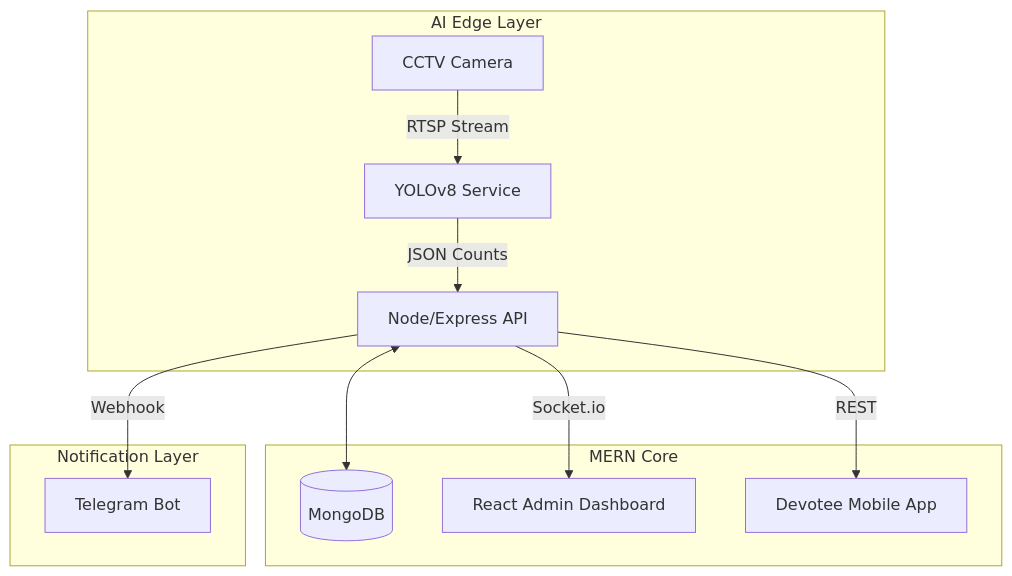
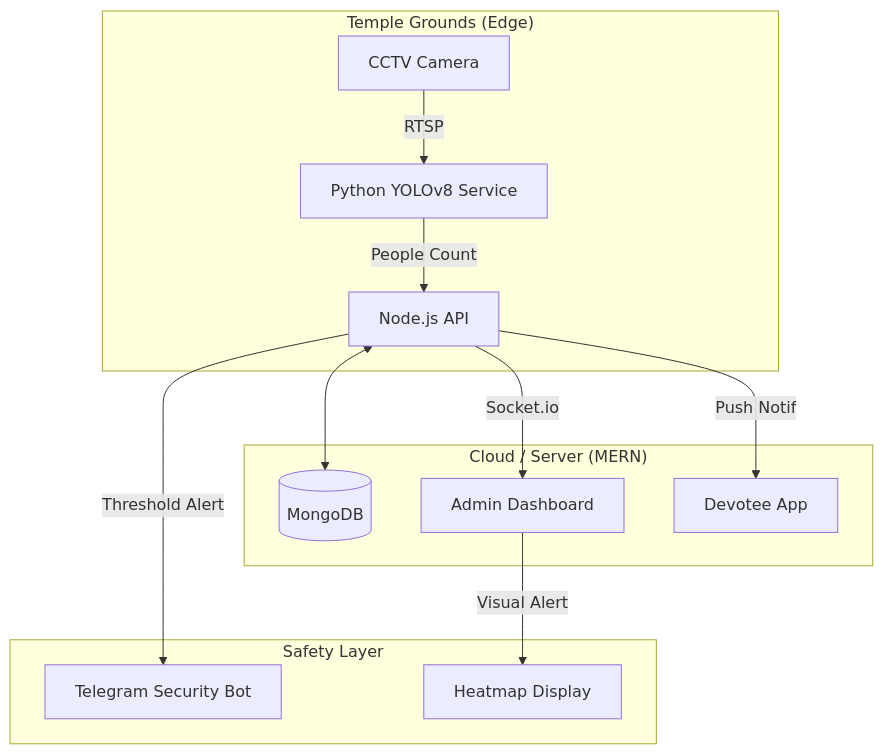
The diagram in README.md (ByteAcumen/temple-crowd-management), drawn with Mermaid before and after one commit. The commit also changed other lines of this file, not shown here.

````diff
--- a/README.md
+++ b/README.md
@@ -43,17 +47,18 @@
 ```mermaid
 graph TD
-    subgraph "AI Edge Layer"
-        CCTV[CCTV Camera] -->|RTSP Stream| YOLO[YOLOv8 Service]
-        YOLO -->|JSON Counts| API
+    subgraph "Temple Grounds (Edge)"
+        CCTV[CCTV Camera] -->|RTSP| AI[Python YOLOv8 Service]
+        AI -->|People Count| Cloud
     end
 
-    subgraph "MERN Core"
-        API[Node/Express API] <--> DB[(MongoDB)]
-        API -->|Socket.io| Dash[React Admin Dashboard]
-        API -->|REST| Mobile[Devotee Mobile App]
+    subgraph "Cloud / Server (MERN)"
+        Cloud[Node.js API] <--> DB[(MongoDB)]
+        Cloud -->|Socket.io| Dash[Admin Dashboard]
+        Cloud -->|Push Notif| App[Devotee App]
     end
 
-    subgraph "Notification Layer"
-        API -->|Webhook| Telegram[Telegram Bot]
+    subgraph "Safety Layer"
+        Cloud -->|Threshold Alert| TG[Telegram Security Bot]
+        Dash -->|Visual Alert| Map[Heatmap Display]
     end
 ```
````
